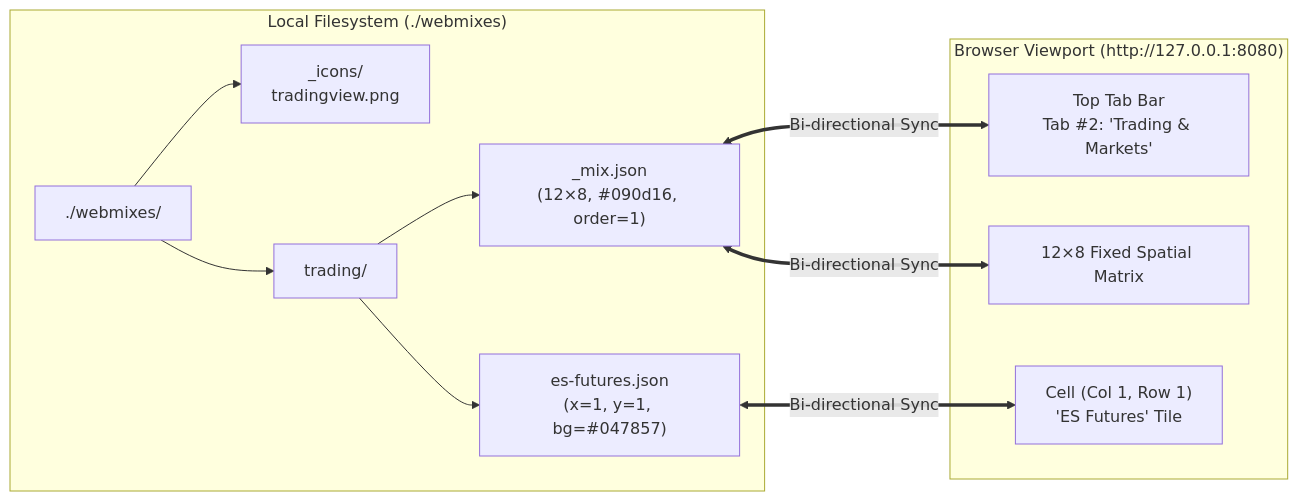
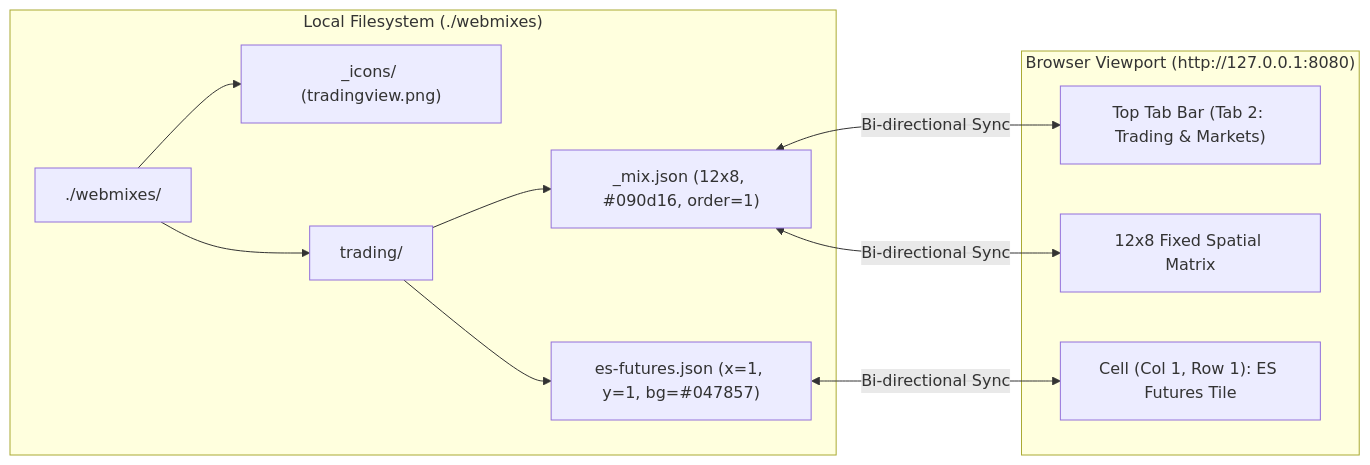
Before and after one commit to philippeback/webaloo: the diagram in user_guide.md, drawn with Mermaid. The commit also changed other lines of this file and 9 other files, not shown here.

Commit message:
Fix GitHub Markdown math and Mermaid rendering in sdi.md and user_guide.md

````diff
--- a/user_guide.md
+++ b/user_guide.md
@@ -16,21 +16,21 @@
 ```mermaid
 flowchart LR
     subgraph Disk["Local Filesystem (./webmixes)"]
         Root["./webmixes/"]
-        Icons["_icons/\ntradingview.png"]
+        Icons["_icons/ (tradingview.png)"]
         MixFolder["trading/"]
-        MixMeta["_mix.json\n(12×8, #090d16, order=1)"]
-        TileFile["es-futures.json\n(x=1, y=1, bg=#047857)"]
+        MixMeta["_mix.json (12x8, #090d16, order=1)"]
+        TileFile["es-futures.json (x=1, y=1, bg=#047857)"]
     end
 
     subgraph UI["Browser Viewport (http://127.0.0.1:8080)"]
-        TabBar["Top Tab Bar\nTab #2: 'Trading & Markets'"]
-        Board["12×8 Fixed Spatial Matrix"]
-        Slot["Cell (Col 1, Row 1)\n'ES Futures' Tile"]
+        TabBar["Top Tab Bar (Tab 2: Trading & Markets)"]
+        Board["12x8 Fixed Spatial Matrix"]
+        Slot["Cell (Col 1, Row 1): ES Futures Tile"]
     end
 
     Root --> Icons & MixFolder
     MixFolder --> MixMeta & TileFile
-    MixMeta <==>|Bi-directional Sync| TabBar & Board
-    TileFile <==>|Bi-directional Sync| Slot
+    MixMeta <-->|Bi-directional Sync| TabBar & Board
+    TileFile <-->|Bi-directional Sync| Slot
 ```
````
